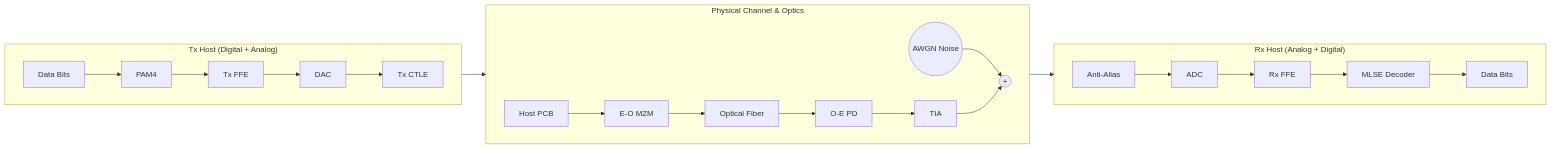
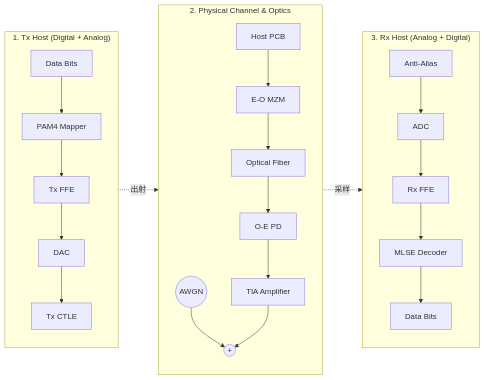
The diagram in docs/01_DSP_Architecture.md (ZenHatesCoding/lpo-pam4-sim), drawn with Mermaid before and after one commit.

Commit message:
docs: restructure DSP diagram to 3-column layout

````diff
--- a/docs/01_DSP_Architecture.md
+++ b/docs/01_DSP_Architecture.md
@@ -27,31 +27,32 @@
 ```mermaid
 %%{init: {'themeVariables': { 'background': 'transparent'}}}%%
 graph LR
-    subgraph Tx_Host["Tx Host (Digital + Analog)"]
-        direction LR
-        A[Data Bits] --> B[PAM4]
+    subgraph R1 ["1. Tx Host (Digital + Analog)"]
+        direction TB
+        A[Data Bits] --> B[PAM4 Mapper]
         B --> C["Tx FFE"]
         C --> D["DAC"]
         D --> E["Tx CTLE"]
     end
 
-    subgraph Channel["Physical Channel & Optics"]
-        direction LR
-        E --> F["Host PCB"]
-        F --> G["E-O MZM"]
+    subgraph R2 ["2. Physical Channel & Optics"]
+        direction TB
+        F["Host PCB"] --> G["E-O MZM"]
         G --> H["Optical Fiber"]
         H --> I["O-E PD"]
-        I --> J["TIA"]
-        N1(("AWGN Noise")) --> K((+))
+        I --> J["TIA Amplifier"]
+        N1(("AWGN")) --> K((+))
         J --> K
     end
 
-    subgraph Rx_Host["Rx Host (Analog + Digital)"]
-        direction LR
-        K --> L["Anti-Alias"]
-        L --> M["ADC"]
+    subgraph R3 ["3. Rx Host (Analog + Digital)"]
+        direction TB
+        L["Anti-Alias"] --> M["ADC"]
         M --> N["Rx FFE"]
         N --> O["MLSE Decoder"]
         O --> P[Data Bits]
     end
+    
+    E -.->|"出射"| F
+    K -.->|"采样"| L
 ```
````
